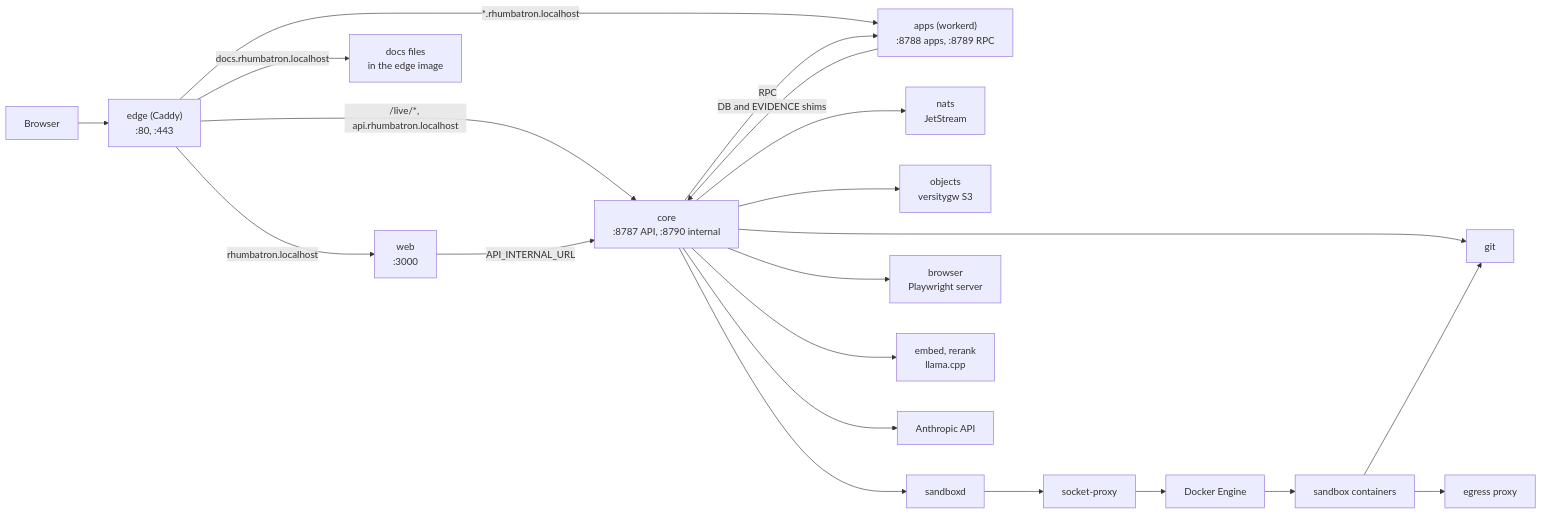
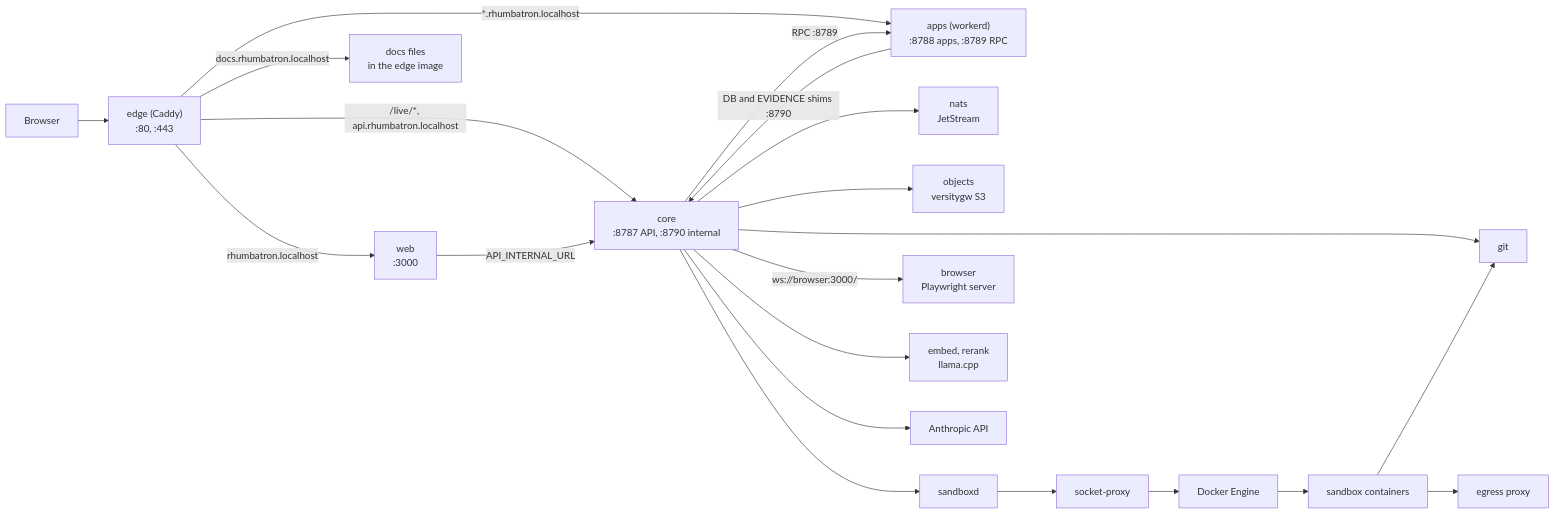
The first of 2 diagrams in docs/architecture/infrastructure-and-cost.md (nsudhanva/rhumbatron), drawn with Mermaid before and after one commit. The commit also changed other lines of this file and 55 other files, not shown here.

````diff
--- a/docs/architecture/infrastructure-and-cost.md
+++ b/docs/architecture/infrastructure-and-cost.md
@@ -23,22 +23,22 @@
 ```mermaid
 flowchart LR
   USER["Browser"] --> EDGE["edge (Caddy)<br/>:80, :443"]
   EDGE -->|"rhumbatron.localhost"| WEB["web<br/>:3000"]
   EDGE -->|"/live/*, api.rhumbatron.localhost"| CORE["core<br/>:8787 API, :8790 internal"]
   EDGE -->|"*.rhumbatron.localhost"| APPS["apps (workerd)<br/>:8788 apps, :8789 RPC"]
   EDGE -->|"docs.rhumbatron.localhost"| DOCS["docs files<br/>in the edge image"]
   WEB -->|"API_INTERNAL_URL"| CORE
   CORE --> NATS["nats<br/>JetStream"]
   CORE --> OBJ["objects<br/>versitygw S3"]
   CORE --> GIT["git"]
   CORE --> SBXD["sandboxd"]
-  CORE -->|"RPC"| APPS
-  APPS -->|"DB and EVIDENCE shims"| CORE
-  CORE --> BR["browser<br/>Playwright server"]
+  CORE -->|"RPC :8789"| APPS
+  APPS -->|"DB and EVIDENCE shims :8790"| CORE
+  CORE -->|"ws://browser:3000/"| BR["browser<br/>Playwright server"]
   CORE --> EMB["embed, rerank<br/>llama.cpp"]
   CORE --> ANT["Anthropic API"]
   SBXD --> PROXY["socket-proxy"] --> DOCKER["Docker Engine"]
   DOCKER --> SBX["sandbox containers"]
   SBX --> EGR["egress proxy"]
   SBX --> GIT
 ```
````
